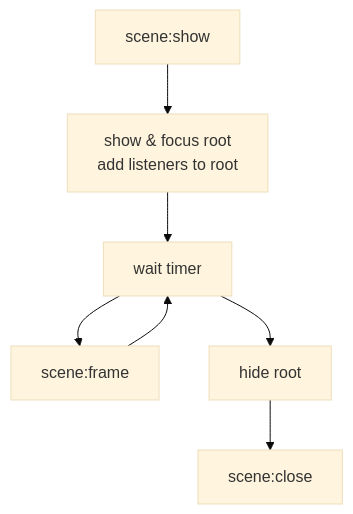
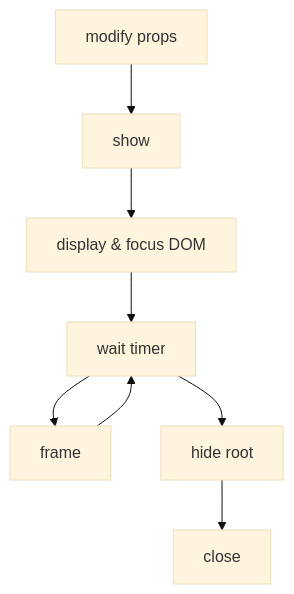
One commit to bluebonesx/psytask changed the diagram in packages/psytask/README.md. Above: the diagram before and after it, drawn with Mermaid (base theme). The commit also changed other lines of this file and 59 other files, not shown here.

````diff
--- a/packages/psytask/README.md
+++ b/packages/psytask/README.md
@@ -371,4 +304,4 @@
 ```mermaid
 graph TD
-scene:show --> b[show & focus root<br>add listeners to root] --> d[wait timer] --> scene:frame --> d --> e[hide root] --> scene:close
+a[modify props] --> show --> b[display & focus DOM] --> d[wait timer] --> frame --> d --> e[hide root] --> close
 ```
````
